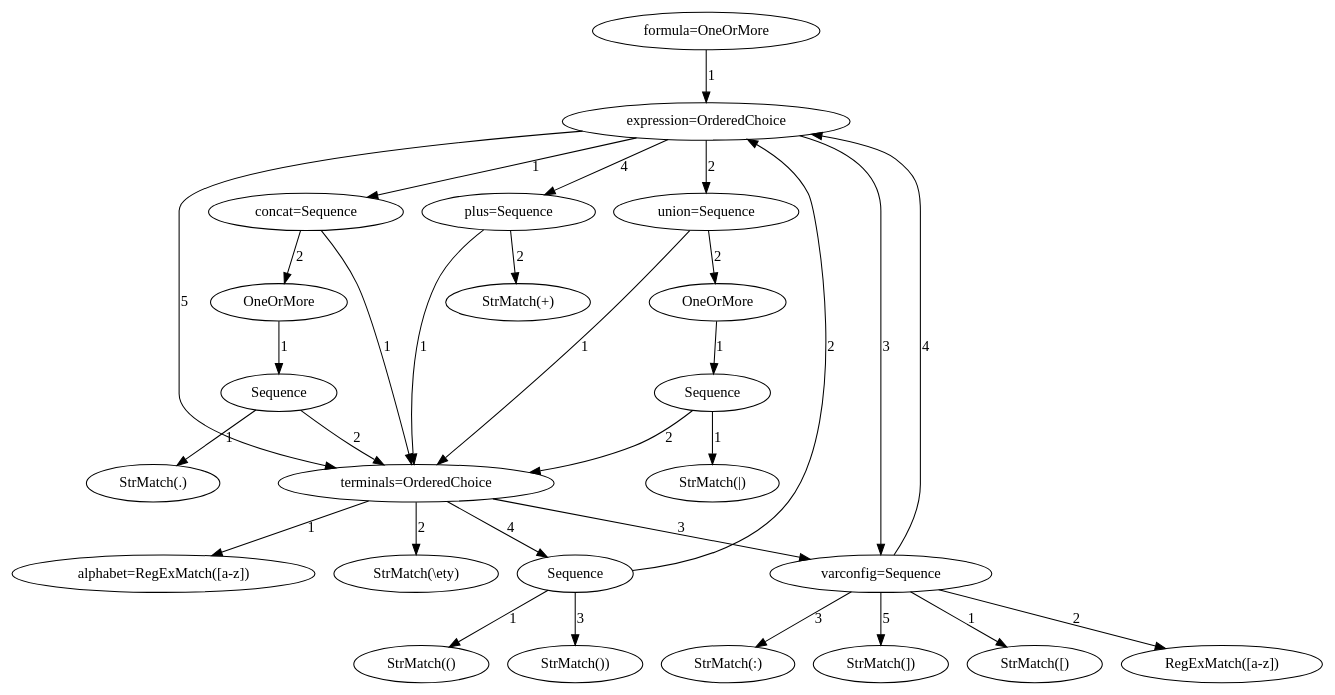
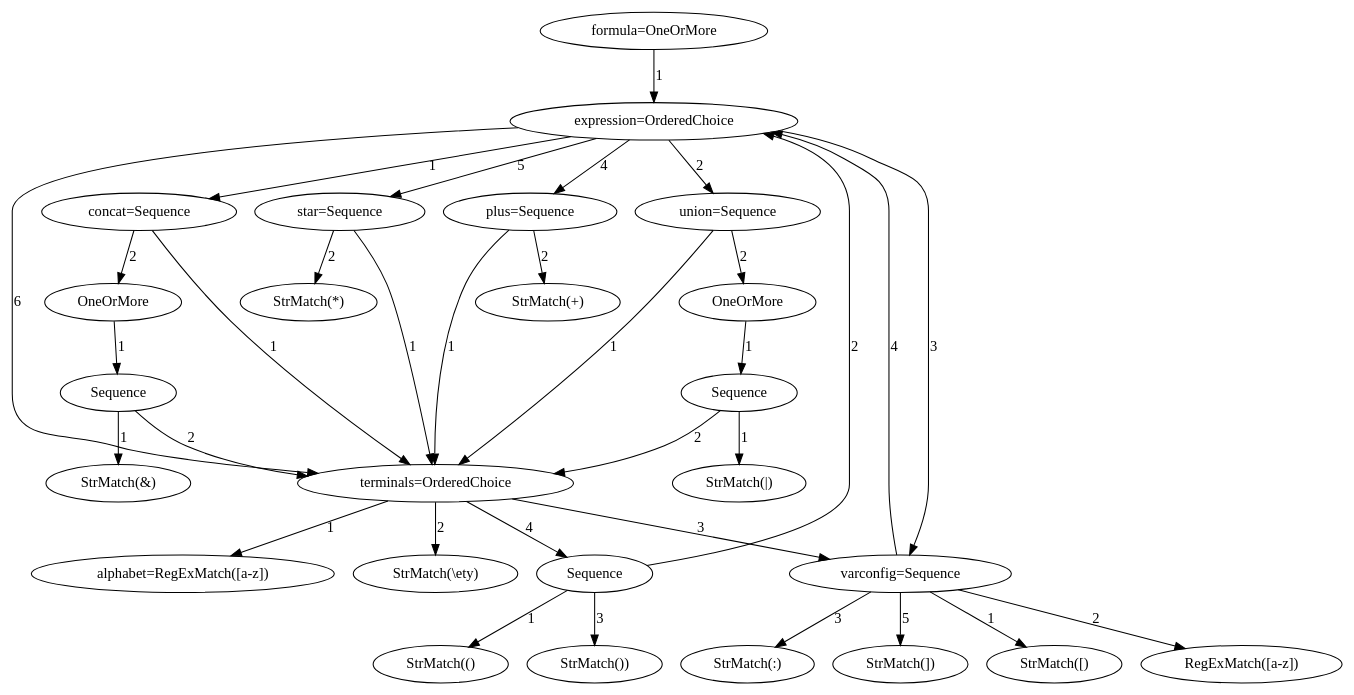
The diagram in formula_parser_model.dot (yipsimon/DocumentSpanners_MSc), drawn with Graphviz before and after one commit. The commit also changed 2 other files, not shown here.

Commit message:
grammar with star

```diff
--- a/formula_parser_model.dot
+++ b/formula_parser_model.dot
@@ -1,85 +1,93 @@
 digraph arpeggio_graph {
-140064346619088 [label="formula=OneOrMore"];
-140064346619088->140064346619216 [label="1"]
+140527980428624 [label="formula=OneOrMore"];
+140527980428624->140527980428752 [label="1"]
 
-140064346619216 [label="expression=OrderedChoice"];
-140064346619216->140064326766672 [label="1"]
+140527980428752 [label="expression=OrderedChoice"];
+140527980428752->140527960580304 [label="1"]
 
-140064326766672 [label="concat=Sequence"];
-140064326766672->140064326795536 [label="1"]
+140527960580304 [label="concat=Sequence"];
+140527960580304->140527960596880 [label="1"]
 
-140064326795536 [label="terminals=OrderedChoice"];
-140064326795536->140064326854480 [label="1"]
+140527960596880 [label="terminals=OrderedChoice"];
+140527960596880->140527960651728 [label="1"]
 
-140064326854480 [label="alphabet=RegExMatch([a-z])"];
-140064326795536->140064326797264 [label="2"]
+140527960651728 [label="alphabet=RegExMatch([a-z])"];
+140527960596880->140527960598608 [label="2"]
 
-140064326797264 [label="StrMatch(\\ety)"];
-140064326795536->140064326854672 [label="3"]
+140527960598608 [label="StrMatch(\\ety)"];
+140527960596880->140527960651920 [label="3"]
 
-140064326854672 [label="varconfig=Sequence"];
-140064326854672->140064326854800 [label="1"]
+140527960651920 [label="varconfig=Sequence"];
+140527960651920->140527960652048 [label="1"]
 
-140064326854800 [label="StrMatch([)"];
-140064326854672->140064326854608 [label="2"]
+140527960652048 [label="StrMatch([)"];
+140527960651920->140527960651856 [label="2"]
 
-140064326854608 [label="RegExMatch([a-z])"];
-140064326854672->140064326854864 [label="3"]
+140527960651856 [label="RegExMatch([a-z])"];
+140527960651920->140527960652112 [label="3"]
 
-140064326854864 [label="StrMatch(:)"];
-140064326854672->140064346619216 [label="4"]
+140527960652112 [label="StrMatch(:)"];
+140527960651920->140527980428752 [label="4"]
 
-140064326854672->140064326854928 [label="5"]
+140527960651920->140527960652176 [label="5"]
 
-140064326854928 [label="StrMatch(])"];
-140064326795536->140064326854544 [label="4"]
+140527960652176 [label="StrMatch(])"];
+140527960596880->140527960651792 [label="4"]
 
-140064326854544 [label="Sequence"];
-140064326854544->140064326854992 [label="1"]
+140527960651792 [label="Sequence"];
+140527960651792->140527960652240 [label="1"]
 
-140064326854992 [label="StrMatch(()"];
-140064326854544->140064346619216 [label="2"]
+140527960652240 [label="StrMatch(()"];
+140527960651792->140527980428752 [label="2"]
 
-140064326854544->140064326855056 [label="3"]
+140527960651792->140527960652304 [label="3"]
 
-140064326855056 [label="StrMatch())"];
-140064326766672->140064346619728 [label="2"]
+140527960652304 [label="StrMatch())"];
+140527960580304->140527980429264 [label="2"]
 
-140064346619728 [label="OneOrMore"];
-140064346619728->140064326770128 [label="1"]
+140527980429264 [label="OneOrMore"];
+140527980429264->140527960583760 [label="1"]
 
-140064326770128 [label="Sequence"];
-140064326770128->140064326854736 [label="1"]
+140527960583760 [label="Sequence"];
+140527960583760->140527960651984 [label="1"]
 
-140064326854736 [label="StrMatch(.)"];
-140064326770128->140064326795536 [label="2"]
+140527960651984 [label="StrMatch(&)"];
+140527960583760->140527960596880 [label="2"]
 
-140064346619216->140064326795728 [label="2"]
+140527980428752->140527960597072 [label="2"]
 
-140064326795728 [label="union=Sequence"];
-140064326795728->140064326795536 [label="1"]
+140527960597072 [label="union=Sequence"];
+140527960597072->140527960596880 [label="1"]
 
-140064326795728->140064326768080 [label="2"]
+140527960597072->140527960581712 [label="2"]
 
-140064326768080 [label="OneOrMore"];
-140064326768080->140064326855184 [label="1"]
+140527960581712 [label="OneOrMore"];
+140527960581712->140527960652432 [label="1"]
 
-140064326855184 [label="Sequence"];
-140064326855184->140064326855312 [label="1"]
+140527960652432 [label="Sequence"];
+140527960652432->140527960652560 [label="1"]
 
-140064326855312 [label="StrMatch(|)"];
-140064326855184->140064326795536 [label="2"]
+140527960652560 [label="StrMatch(|)"];
+140527960652432->140527960596880 [label="2"]
 
-140064346619216->140064326854672 [label="3"]
+140527980428752->140527960651920 [label="3"]
 
-140064346619216->140064326855120 [label="4"]
+140527980428752->140527960652368 [label="4"]
 
-140064326855120 [label="plus=Sequence"];
-140064326855120->140064326795536 [label="1"]
+140527960652368 [label="plus=Sequence"];
+140527960652368->140527960596880 [label="1"]
 
-140064326855120->140064326855376 [label="2"]
+140527960652368->140527960652624 [label="2"]
 
-140064326855376 [label="StrMatch(+)"];
-140064346619216->140064326795536 [label="5"]
+140527960652624 [label="StrMatch(+)"];
+140527980428752->140527960652496 [label="5"]
+
+140527960652496 [label="star=Sequence"];
+140527960652496->140527960596880 [label="1"]
+
+140527960652496->140527960652752 [label="2"]
+
+140527960652752 [label="StrMatch(*)"];
+140527980428752->140527960596880 [label="6"]
 
 }
```
